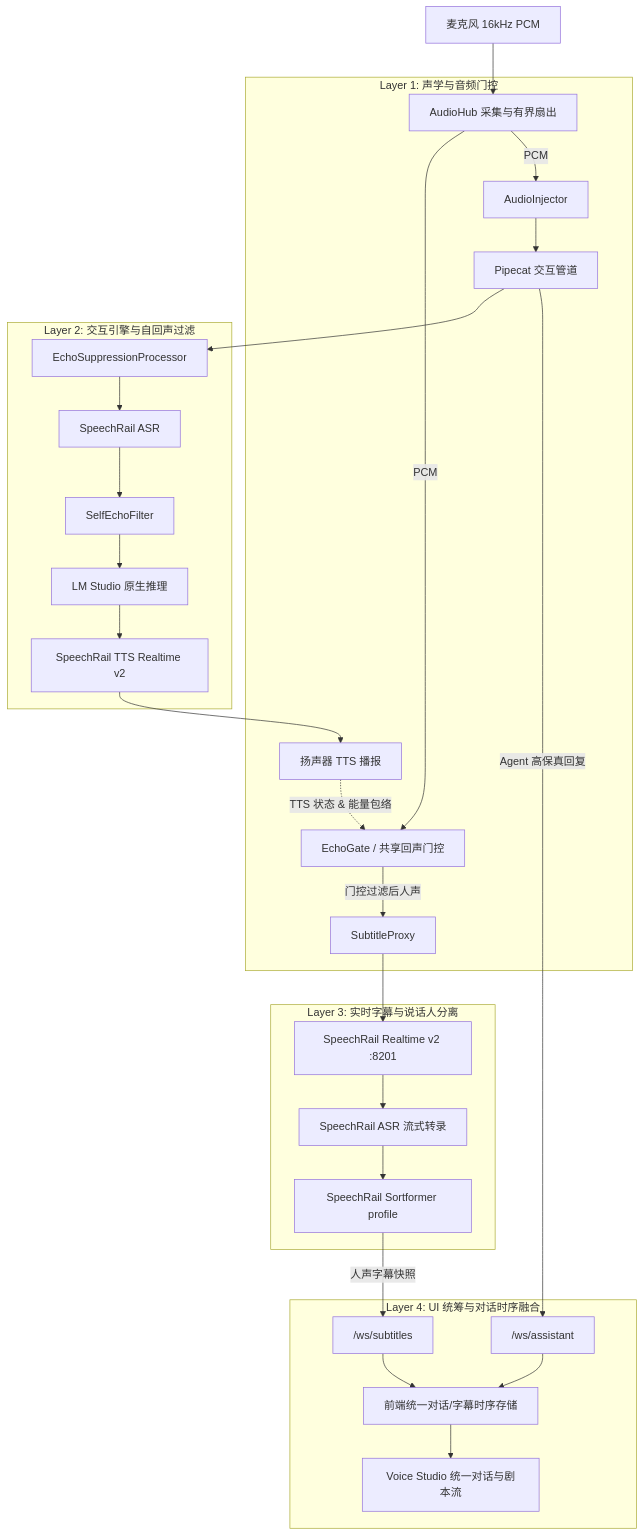
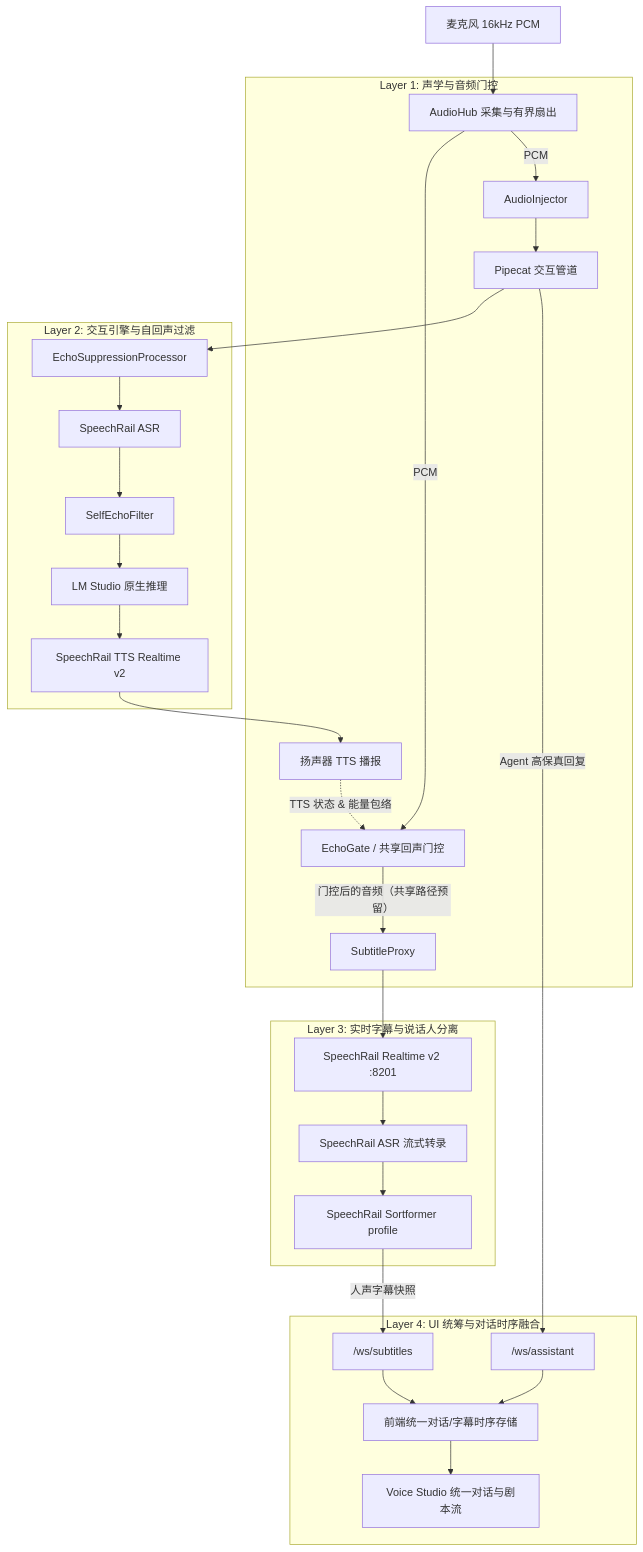
The diagram in docs/architecture/声学防回声与全双工交互设计方案.md (hrygo/voice-realtime), drawn with Mermaid before and after one commit. The commit also changed other lines of this file and 28 other files, not shown here.

````diff
--- a/docs/architecture/声学防回声与全双工交互设计方案.md
+++ b/docs/architecture/声学防回声与全双工交互设计方案.md
@@ -53,35 +55,35 @@
 ```mermaid
 flowchart TD
     MIC["麦克风 16kHz PCM"] --> HUB["AudioHub 采集与有界扇出"]
     
     subgraph S1["Layer 1: 声学与音频门控"]
         HUB -->|PCM| GATER["EchoGate / 共享回声门控"]
         TTS_PLAY["扬声器 TTS 播报"] -.->|TTS 状态 & 能量包络| GATER
-        GATER -->|门控过滤后人声| SP["SubtitleProxy"]
+        GATER -->|门控后的音频（共享路径预留）| SP["SubtitleProxy"]
         HUB -->|PCM| INJECTOR["AudioInjector"]
         INJECTOR --> PIPELINE["Pipecat 交互管道"]
     end
     
     subgraph S2["Layer 2: 交互引擎与自回声过滤"]
         PIPELINE --> ECHO_PROC["EchoSuppressionProcessor"]
         ECHO_PROC --> STT["SpeechRail ASR"]
         STT --> ECHO_FILTER["SelfEchoFilter"]
         ECHO_FILTER --> LLM["LM Studio 原生推理"]
         LLM --> SPEECHRAIL_TTS["SpeechRail TTS Realtime v2"]
         SPEECHRAIL_TTS --> TTS_PLAY
     end
     
     subgraph S3["Layer 3: 实时字幕与说话人分离"]
         SP --> SPEECHRAIL["SpeechRail Realtime v2 :8201"]
         SPEECHRAIL --> QWEN_ASR["SpeechRail ASR 流式转录"]
         QWEN_ASR --> SORTFORMER["SpeechRail Sortformer profile"]
     end
     
     subgraph S4["Layer 4: UI 统筹与对话时序融合"]
         SORTFORMER -->|人声字幕快照| SUB_WS["/ws/subtitles"]
         PIPELINE -->|Agent 高保真回复| ASST_WS["/ws/assistant"]
         SUB_WS --> UI_STORE["前端统一对话/字幕时序存储"]
         ASST_WS --> UI_STORE
         UI_STORE --> UI_VIEW["Voice Studio 统一对话与剧本流"]
     end
 ```
````
